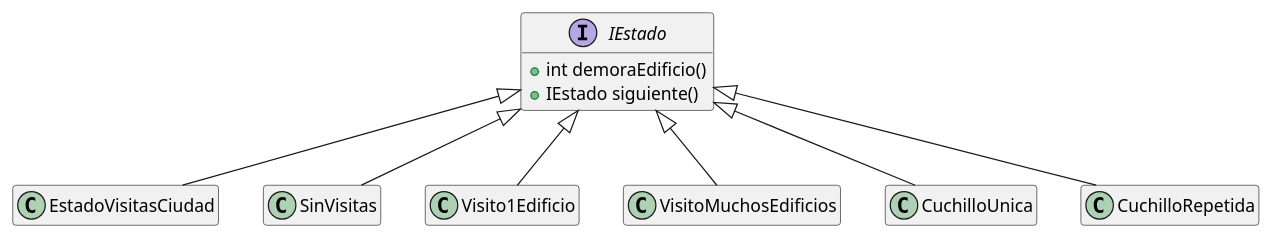
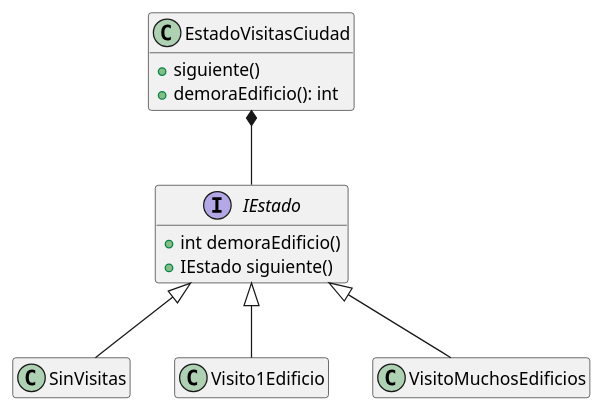
The second of 2 diagrams in diagrams/classes/clase_acciones_estados.plantuml (MarconMatias/TP2-AyPIII), drawn with PlantUML before and after one commit. The commit also changed 15 other files, not shown here.

```diff
--- a/diagrams/classes/clase_acciones_estados.plantuml
+++ b/diagrams/classes/clase_acciones_estados.plantuml
@@ -24,24 +24,22 @@
 @startuml DC_IEstado
 hide empty members
 
 interface IEstado {
   + int demoraEdificio()
   + IEstado siguiente()
 }
 
-class EstadoVisitasCiudad
+class EstadoVisitasCiudad {
+  + siguiente()
+  + demoraEdificio(): int
+}
 class SinVisitas
 class Visito1Edificio
 class VisitoMuchosEdificios
-class CuchilloUnica
-class CuchilloRepetida
 
-IEstado <|-- CuchilloUnica 
-IEstado <|-- CuchilloRepetida
-IEstado <|-- EstadoVisitasCiudad 
 IEstado <|-- SinVisitas
 IEstado <|-- Visito1Edificio 
 IEstado <|-- VisitoMuchosEdificios
-
+EstadoVisitasCiudad *-- IEstado
 
 @enduml
```
